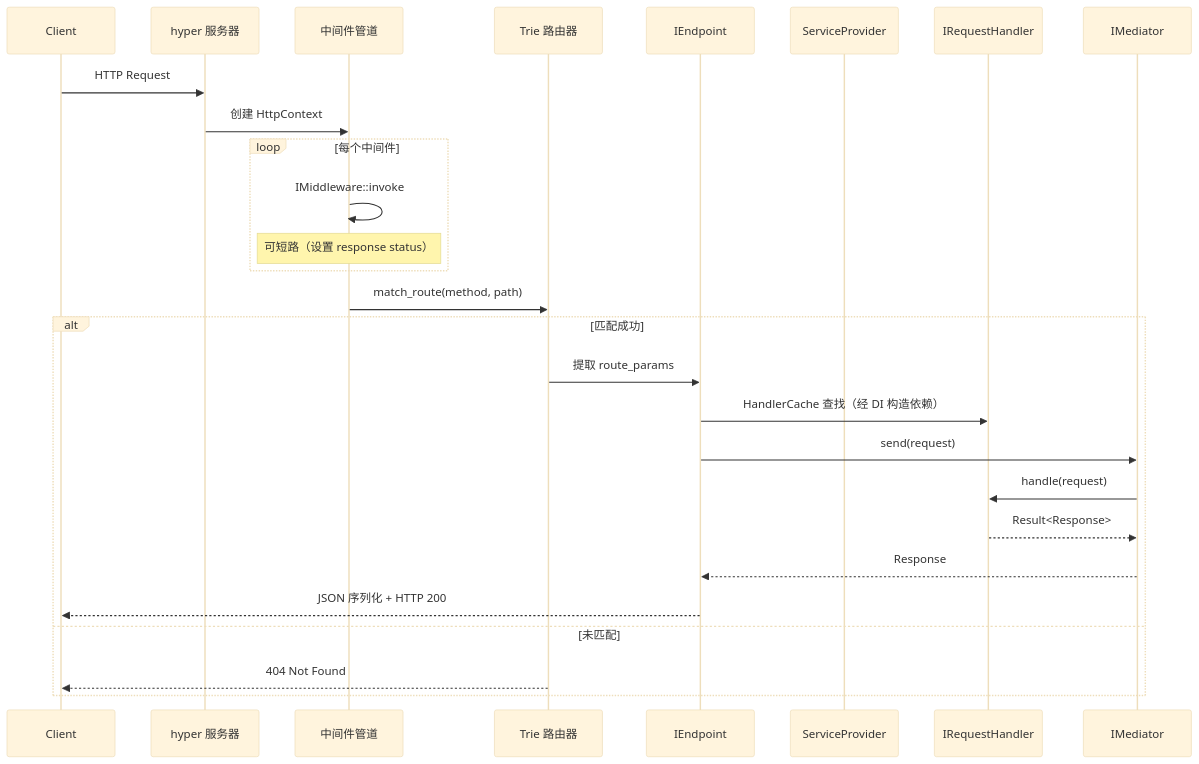
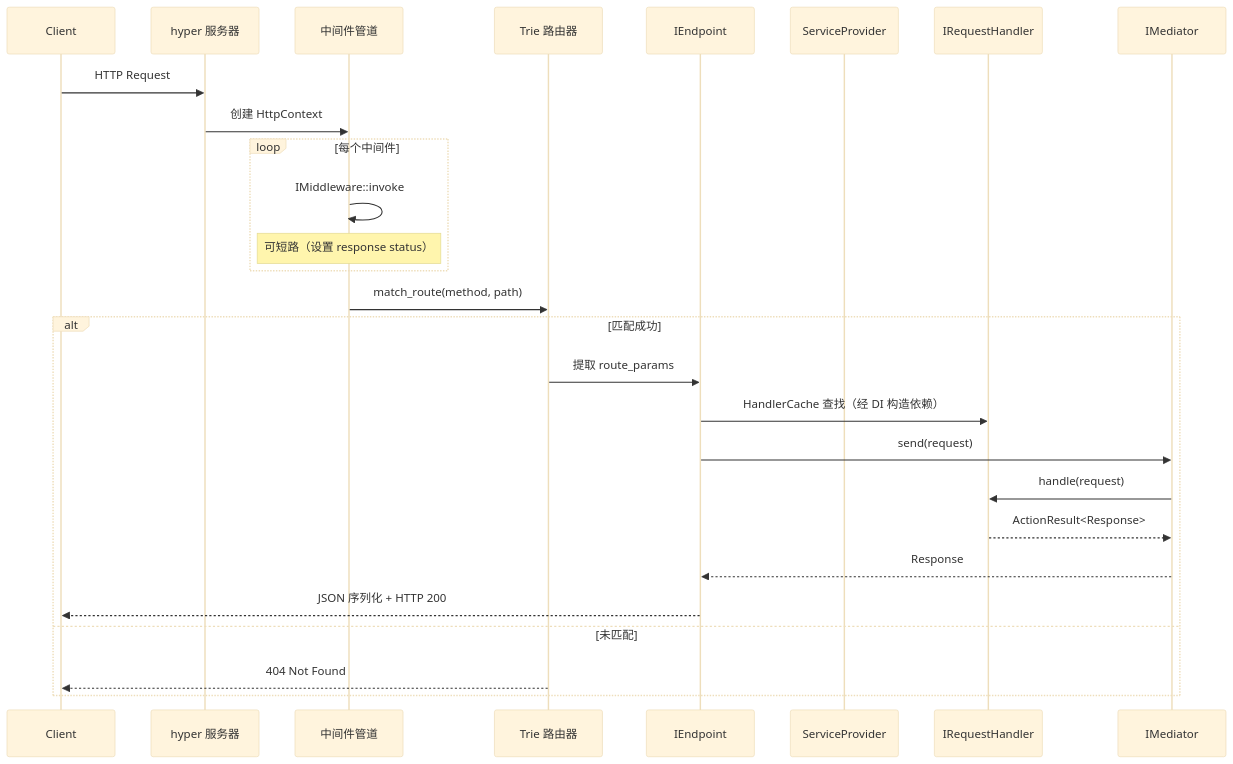
The first of 2 diagrams in docs/rust-webx/04-architecture/request-lifecycle.md (Rust-Framework/rust-webx), drawn with Mermaid (base theme) before and after one commit. The commit also changed 69 other files, not shown here.

First line of the commit message:
feat(1.0.2): ActionResult<T> for handler returns, mutable OperationResult

````diff
--- a/docs/rust-webx/04-architecture/request-lifecycle.md
+++ b/docs/rust-webx/04-architecture/request-lifecycle.md
@@ -5,30 +5,30 @@
 ```mermaid
 sequenceDiagram
     participant Client
     participant Hyper as hyper 服务器
     participant Pipeline as 中间件管道
     participant Router as Trie 路由器
     participant Endpoint as IEndpoint
     participant DI as ServiceProvider
     participant Handler as IRequestHandler
     participant Mediator as IMediator
 
     Client->>Hyper: HTTP Request
     Hyper->>Pipeline: 创建 HttpContext
     loop 每个中间件
         Pipeline->>Pipeline: IMiddleware::invoke
         Note over Pipeline: 可短路（设置 response status）
     end
     Pipeline->>Router: match_route(method, path)
     alt 匹配成功
         Router->>Endpoint: 提取 route_params
         Endpoint->>Handler: HandlerCache 查找（经 DI 构造依赖）
         Endpoint->>Mediator: send(request)
         Mediator->>Handler: handle(request)
-        Handler-->>Mediator: Result<Response>
+        Handler-->>Mediator: ActionResult<Response>
         Mediator-->>Endpoint: Response
         Endpoint-->>Client: JSON 序列化 + HTTP 200
     else 未匹配
         Router-->>Client: 404 Not Found
     end
 ```
````
